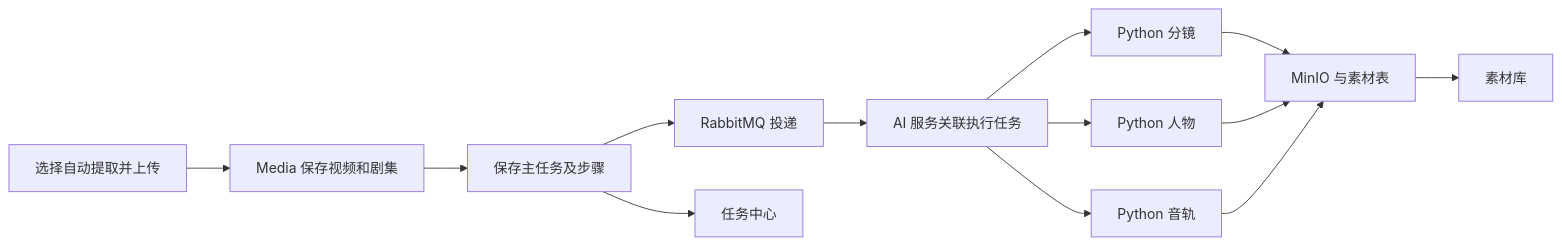
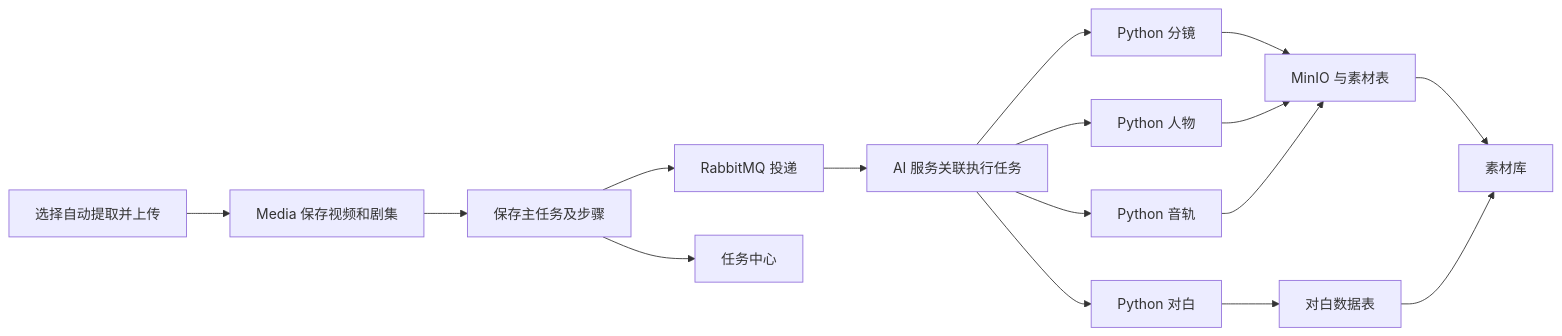
One commit to xiyeeee/video-asset-server changed the diagram in docs/extraction-workflow.md. Above: the diagram before and after it, drawn with Mermaid. The commit also changed other lines of this file and 16 other files, not shown here.

````diff
--- a/docs/extraction-workflow.md
+++ b/docs/extraction-workflow.md
@@ -7,15 +7,18 @@
 ```mermaid
 flowchart LR
     U[选择自动提取并上传] --> M[Media 保存视频和剧集]
     M --> DB[保存主任务及步骤]
     DB --> R[RabbitMQ 投递]
     R --> W[AI 服务关联执行任务]
     W --> H[Python 分镜]
     W --> C[Python 人物]
     W --> A[Python 音轨]
+    W --> D[Python 对白]
     H --> S[MinIO 与素材表]
     C --> S[MinIO 与素材表]
     A --> S
+    D --> Q[对白数据表]
     DB --> T[任务中心]
     S --> L[素材库]
+    Q --> L
 ```
````
